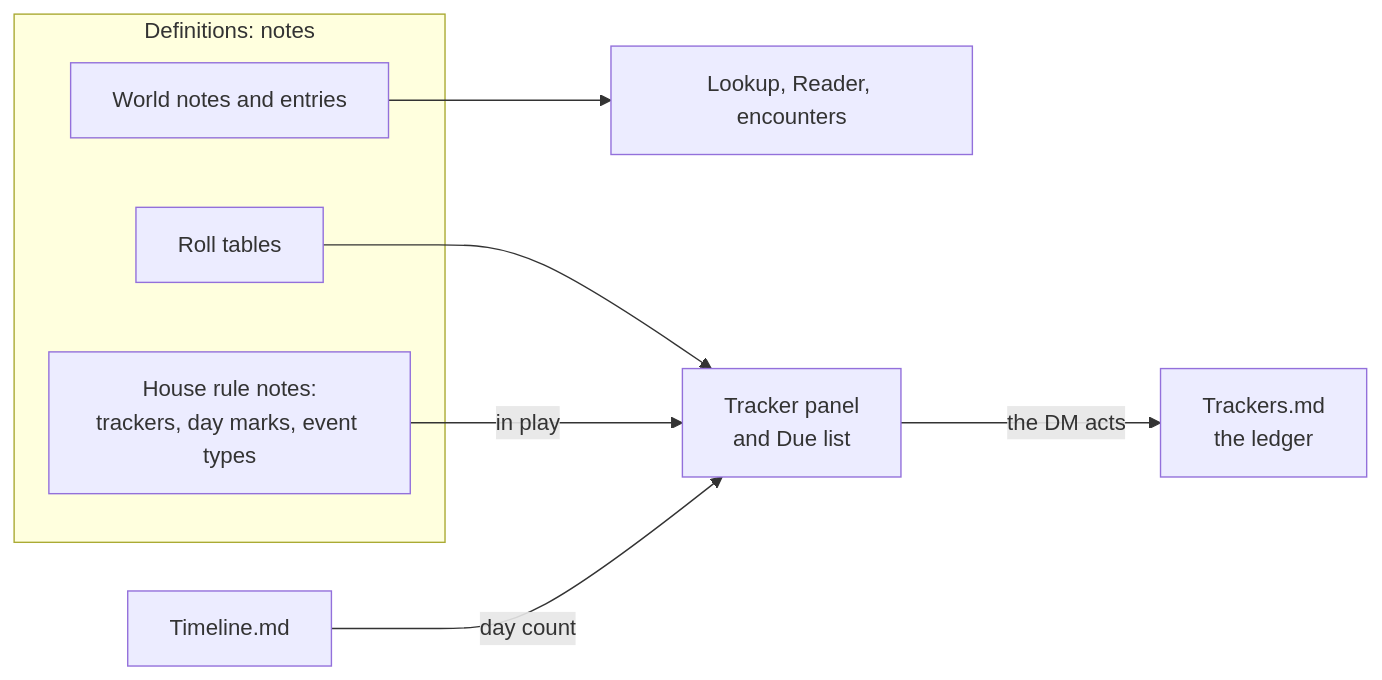
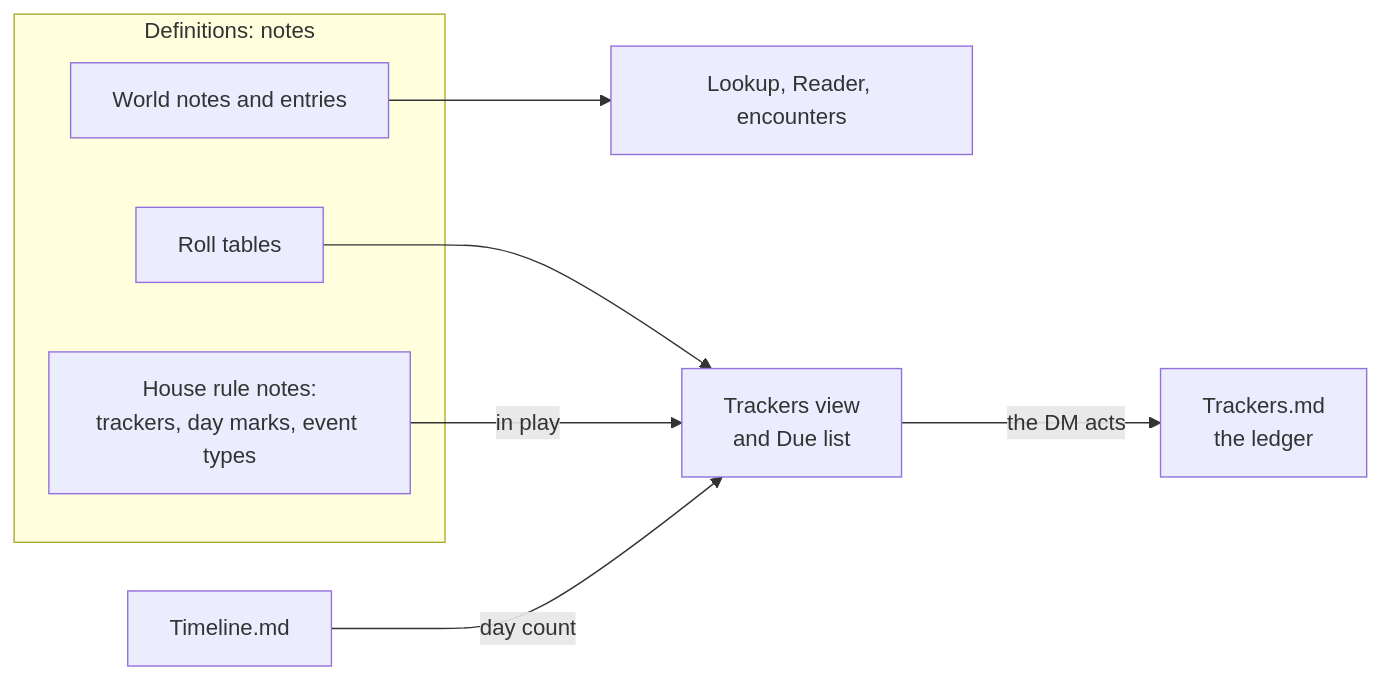
One commit to david7a68/splat changed the diagram in docs/design/world-and-house-rules.md. Above: the diagram before and after it, drawn with Mermaid. The commit also changed other lines of this file and 1 other file, not shown here.

````diff
--- a/docs/design/world-and-house-rules.md
+++ b/docs/design/world-and-house-rules.md
@@ -33,13 +40,13 @@
 ```mermaid
 flowchart LR
     subgraph Notes["Definitions: notes"]
         W[World notes and entries]
         T[Roll tables]
         H[House rule notes:<br/>trackers, day marks, event types]
     end
-    H -- "in play" --> P[Tracker panel<br/>and Due list]
+    H -- "in play" --> P[Trackers view<br/>and Due list]
     T --> P
     P -- "the DM acts" --> L[Trackers.md<br/>the ledger]
     TL[Timeline.md] -- "day count" --> P
     W --> LK[Lookup, Reader, encounters]
 ```
````
